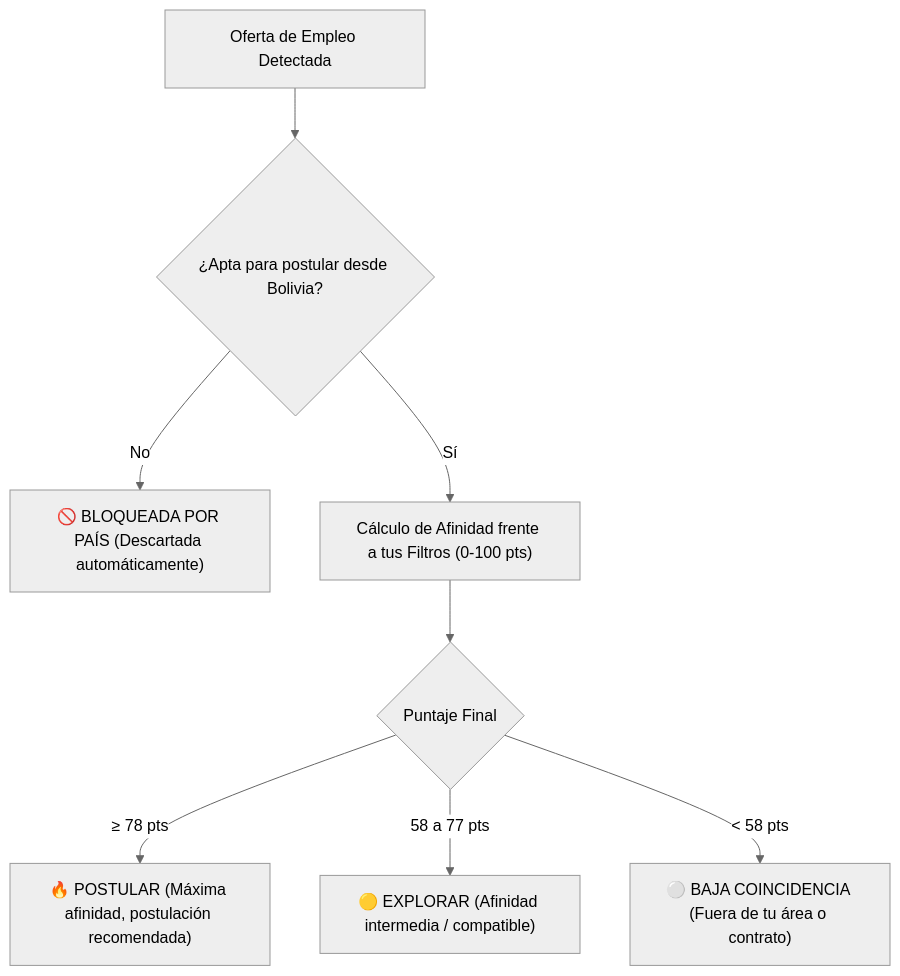
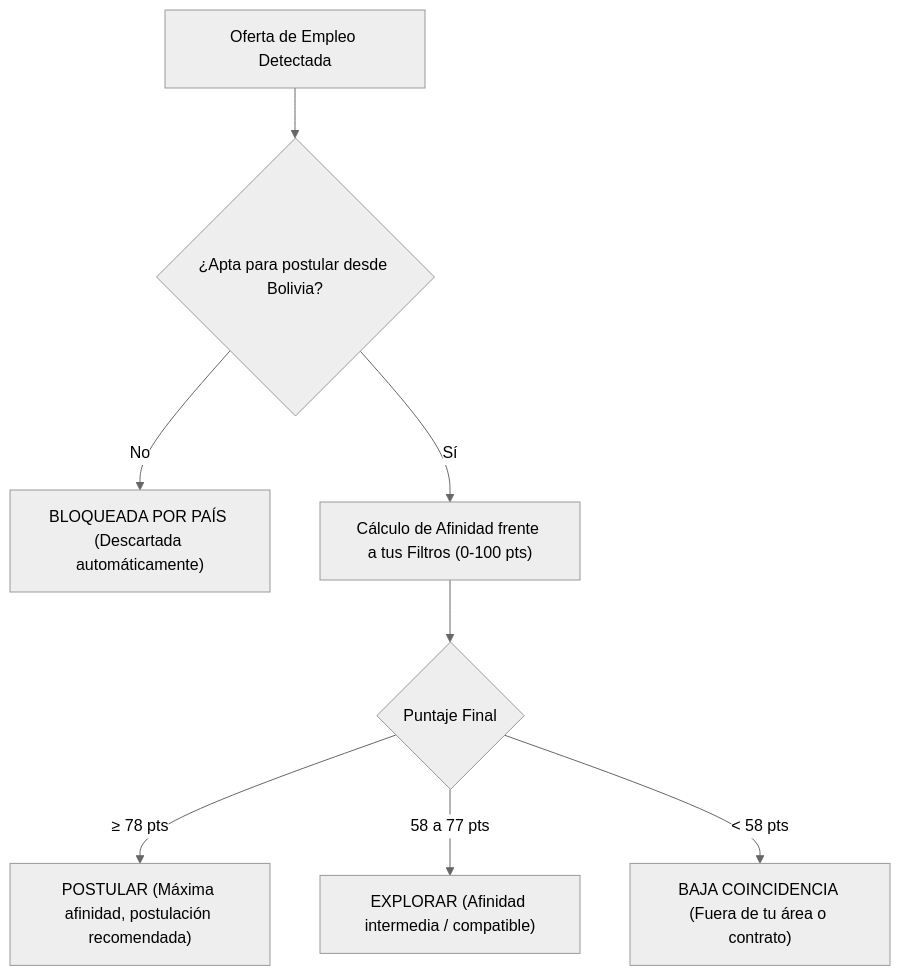
Before and after one commit to t0m-a/scout-analyst-pipeline: the first of 2 diagrams in README.md, drawn with Mermaid (neutral theme). The commit also changed other lines of this file and 5 other files, not shown here.

````diff
--- a/README.md
+++ b/README.md
@@ -133,10 +134,10 @@
 ```mermaid
 graph TD
     A["Oferta de Empleo Detectada"] --> B{"¿Apta para postular desde Bolivia?"}
-    B -- No --> C["🚫 BLOQUEADA POR PAÍS (Descartada automáticamente)"]
+    B -- No --> C["BLOQUEADA POR PAÍS (Descartada automáticamente)"]
     B -- Sí --> D["Cálculo de Afinidad frente a tus Filtros (0-100 pts)"]
     D --> E{"Puntaje Final"}
-    E -- "≥ 78 pts" --> F["🔥 POSTULAR (Máxima afinidad, postulación recomendada)"]
-    E -- "58 a 77 pts" --> G["🟡 EXPLORAR (Afinidad intermedia / compatible)"]
-    E -- "< 58 pts" --> H["⚪ BAJA COINCIDENCIA (Fuera de tu área o contrato)"]
+    E -- "≥ 78 pts" --> F["POSTULAR (Máxima afinidad, postulación recomendada)"]
+    E -- "58 a 77 pts" --> G["EXPLORAR (Afinidad intermedia / compatible)"]
+    E -- "< 58 pts" --> H["BAJA COINCIDENCIA (Fuera de tu área o contrato)"]
 ```
````
